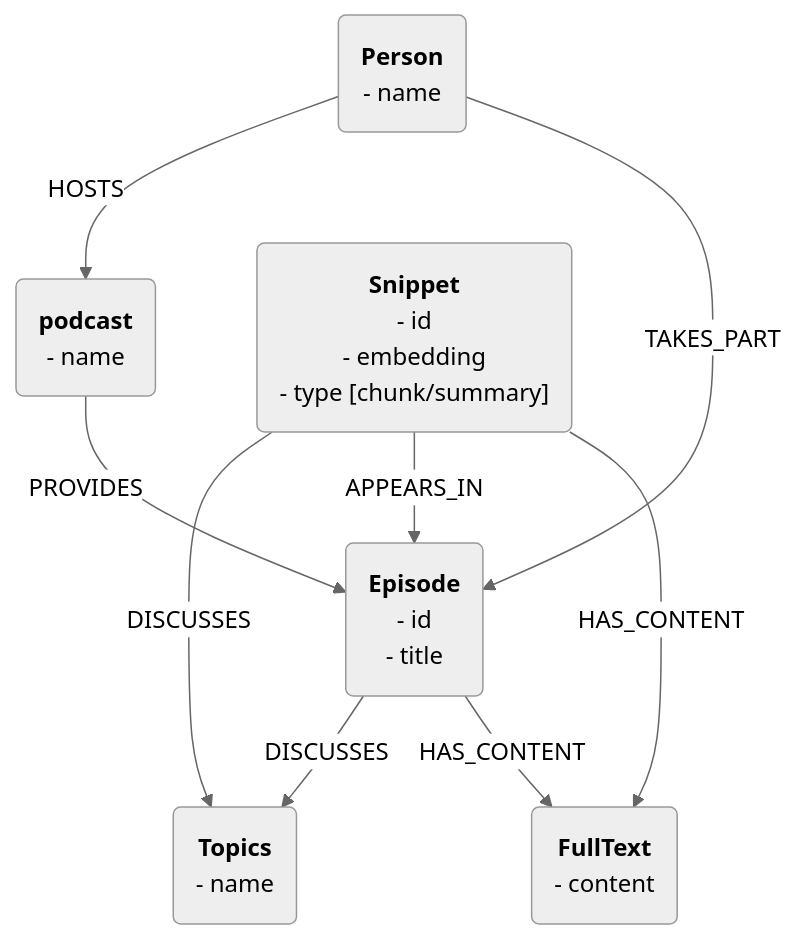
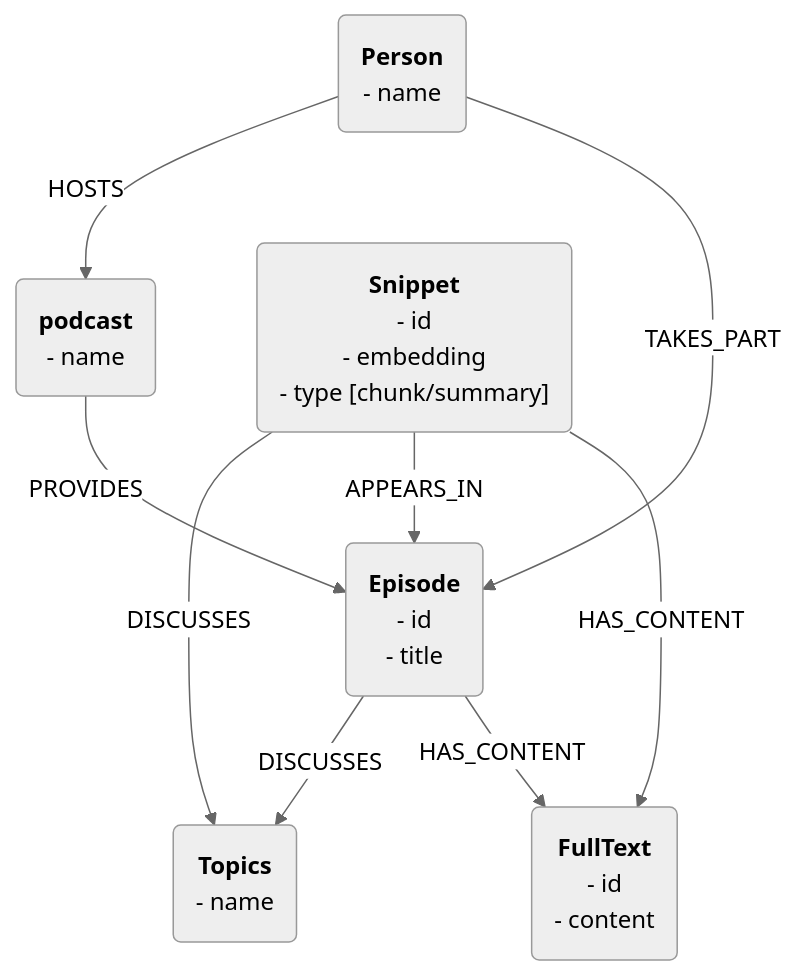
One commit to dmb23/tech-notes changed the diagram in Project Ideas/podrag.md. Above: the diagram before and after it, drawn with Mermaid (neutral theme).

Commit message:
vault backup: 2025-01-08 08:23:12

````diff
--- a/Project Ideas/podrag.md
+++ b/Project Ideas/podrag.md
@@ -7,28 +7,29 @@
 ```mermaid
 flowchart
 	pn("`**Person**
 	- name
 	`")
 	pod("`**podcast**
 	- name
 	`")
 	t("`**Topics**
 	- name`")
 	e("`**Episode**
 	- id
 	- title`")
 	s("`**Snippet**
 	- id
 	- embedding
 	- type [chunk/summary]`")
 	f("`**FullText**
+	- id
 	- content`")
 	pn -->|"`HOSTS`"| pod
 	pn -->|"`TAKES_PART`"| e
 	pod -->|"`PROVIDES`"| e
 	e -->|"`DISCUSSES`"| t
 	s -->|"`DISCUSSES`"| t
 	s -->|"`APPEARS_IN`"| e
 	s -->|"`HAS_CONTENT`"| f
 	e -->|"`HAS_CONTENT`"| f
 ```
````
